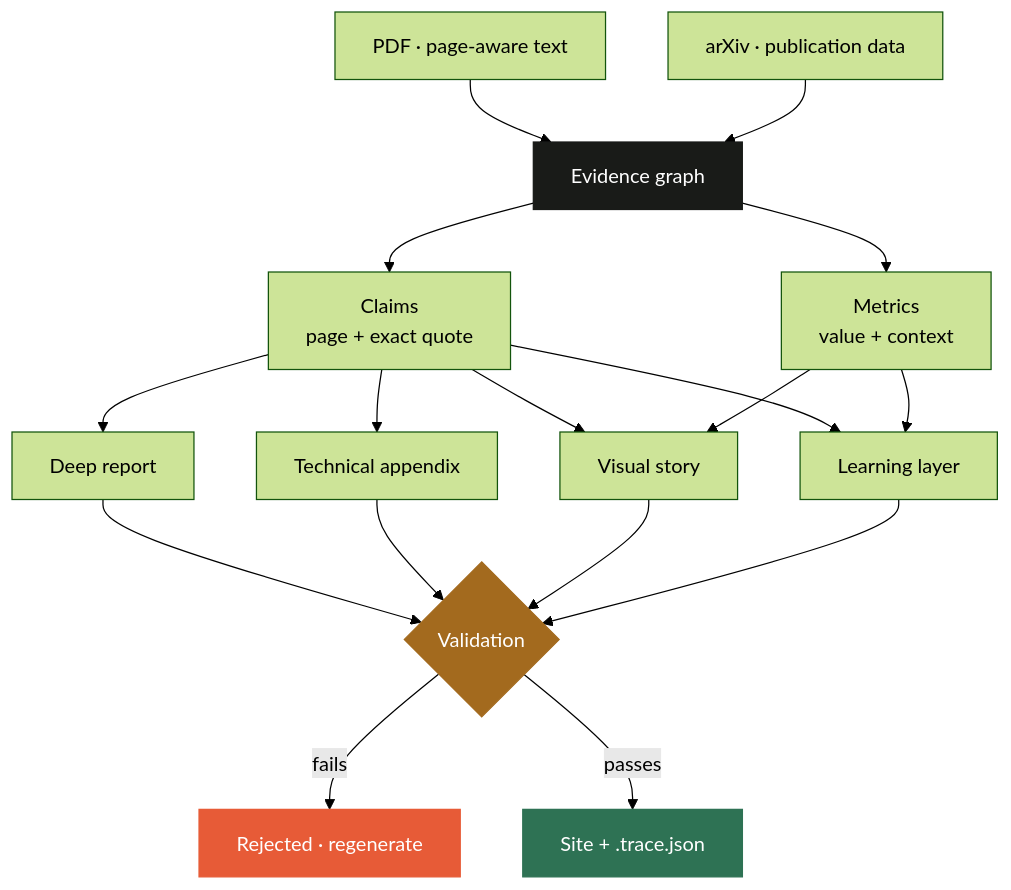
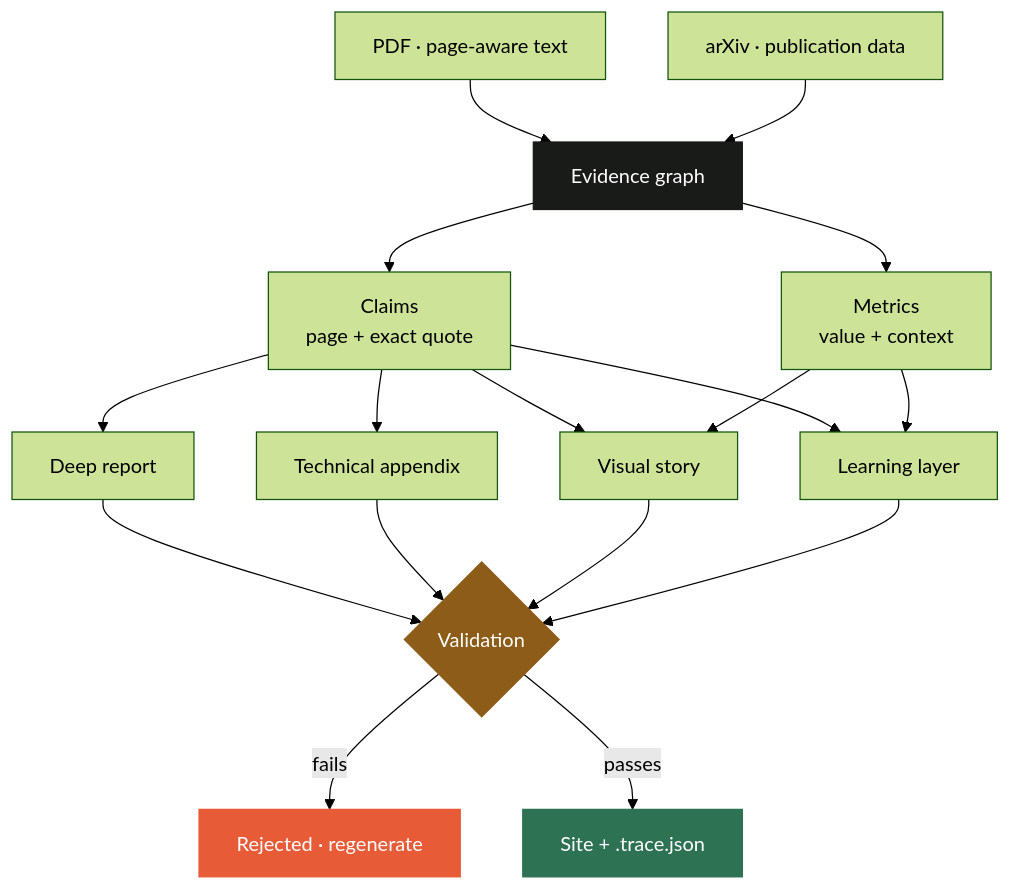
The second of 2 diagrams in README.md (Ahmet-Ruchan/trace-research-paper-studio), drawn with Mermaid (forest theme) before and after one commit. The commit also changed other lines of this file and 11 other files, not shown here.

````diff
--- a/README.md
+++ b/README.md
@@ -516,24 +563,24 @@
 ```mermaid
 flowchart TD
     PDF["PDF · page-aware text"] --> EV["Evidence graph"]
     WEB["arXiv · publication data"] --> EV
     EV --> C["Claims<br/>page + exact quote"]
     EV --> M["Metrics<br/>value + context"]
     C --> R["Deep report"]
     C --> T["Technical appendix"]
     C --> S["Visual story"]
     C --> L["Learning layer"]
     M --> S
     M --> L
     R --> V{"Validation"}
     T --> V
     S --> V
     L --> V
     V -->|"fails"| X["Rejected · regenerate"]
     V -->|"passes"| OUT["Site + .trace.json"]
 
     style EV fill:#191b18,stroke:#191b18,color:#ffffff
-    style V fill:#a36a1e,stroke:#a36a1e,color:#ffffff
+    style V fill:#8c5c18,stroke:#8c5c18,color:#ffffff
     style X fill:#e75b37,stroke:#e75b37,color:#ffffff
     style OUT fill:#2e7254,stroke:#2e7254,color:#ffffff
 ```
````
